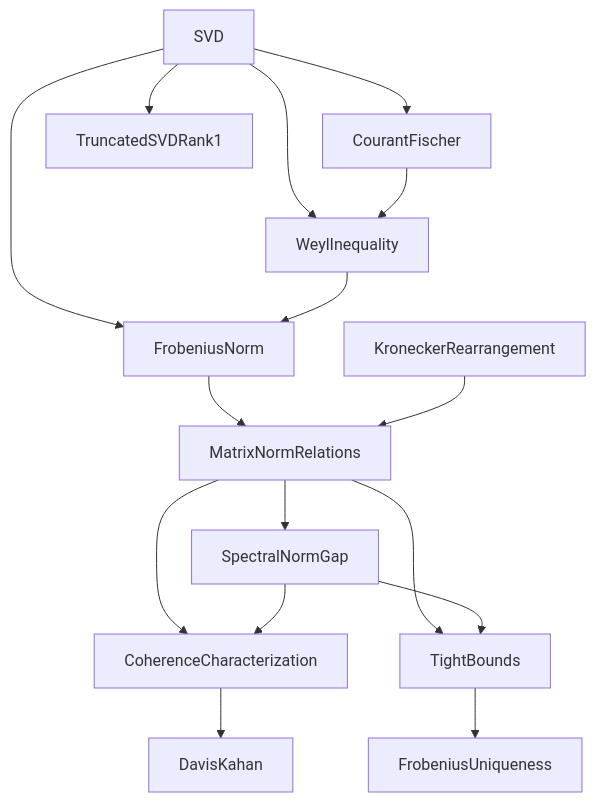
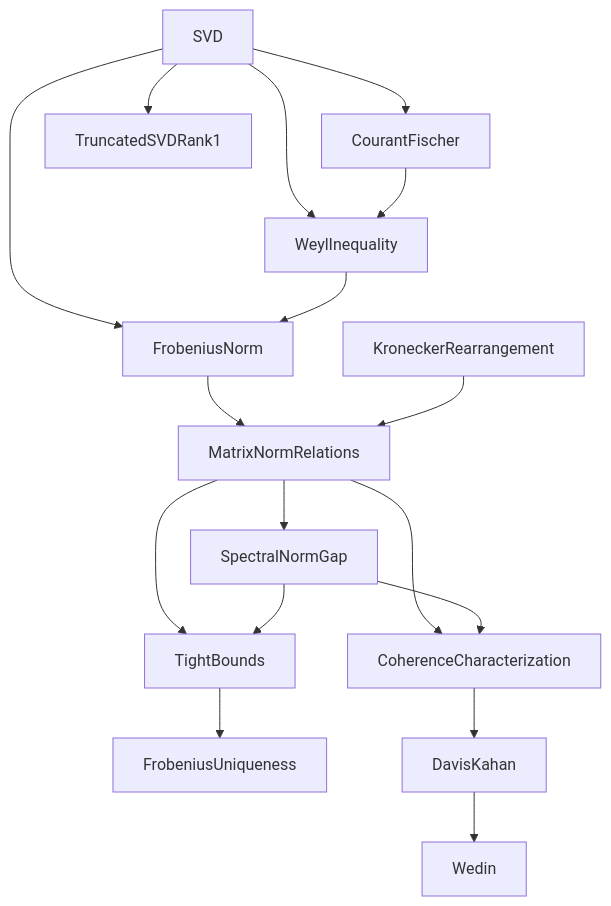
The diagram in README.md (acomarce/FLYWHEEL), drawn with Mermaid before and after one commit. The commit also changed other lines of this file and 4 other files, not shown here.

````diff
--- a/README.md
+++ b/README.md
@@ -78,18 +80,19 @@
 ```mermaid
 graph TD
   SVD --> CourantFischer
   SVD --> TruncatedSVDRank1
   SVD --> WeylInequality
   CourantFischer --> WeylInequality
   SVD --> FrobeniusNorm
   WeylInequality --> FrobeniusNorm
   FrobeniusNorm --> MatrixNormRelations
   KroneckerRearrangement --> MatrixNormRelations
   MatrixNormRelations --> SpectralNormGap
   MatrixNormRelations --> CoherenceCharacterization
   SpectralNormGap --> CoherenceCharacterization
   MatrixNormRelations --> TightBounds
   SpectralNormGap --> TightBounds
   TightBounds --> FrobeniusUniqueness
   CoherenceCharacterization --> DavisKahan
+  DavisKahan --> Wedin
 ```
````
